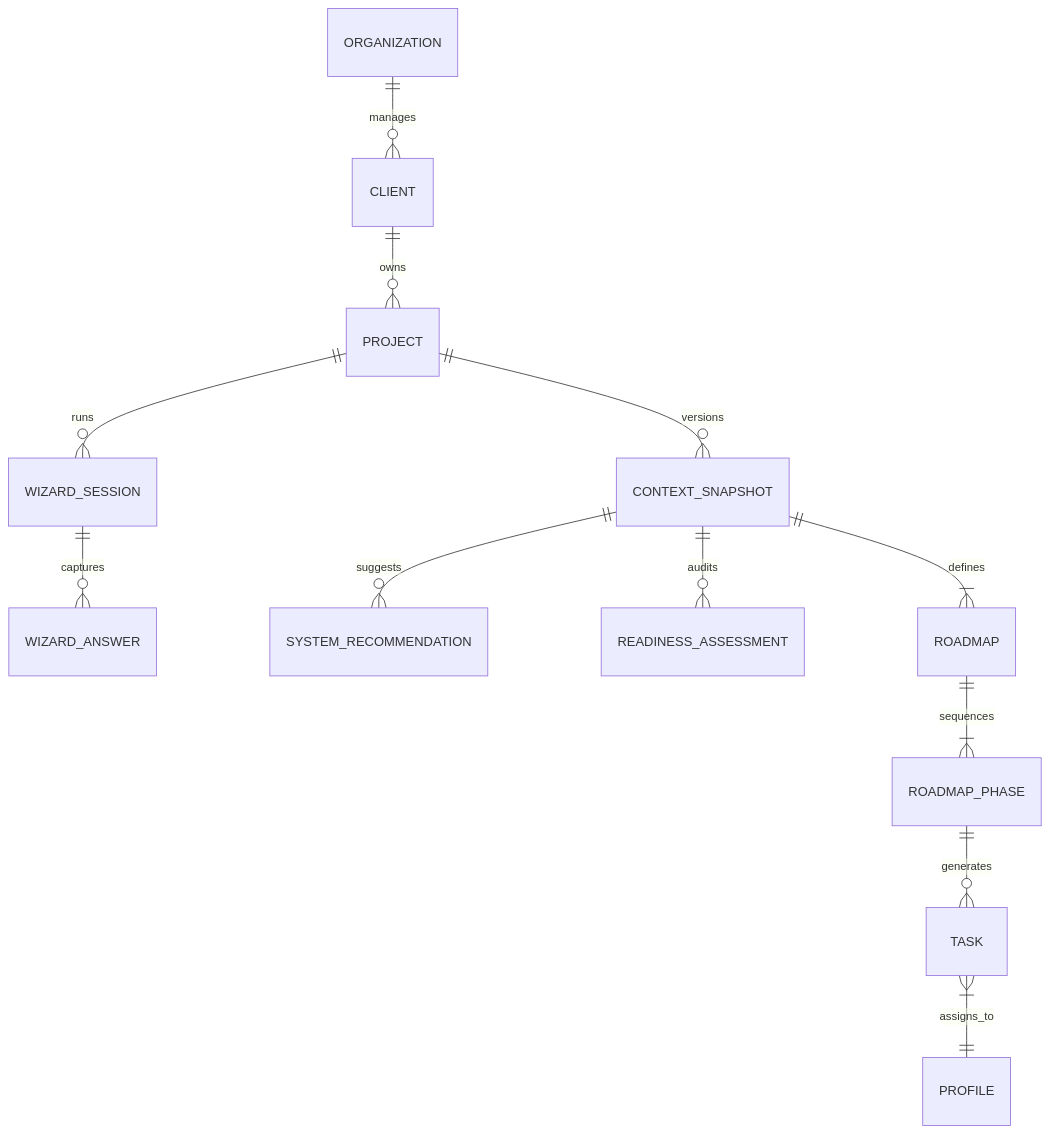
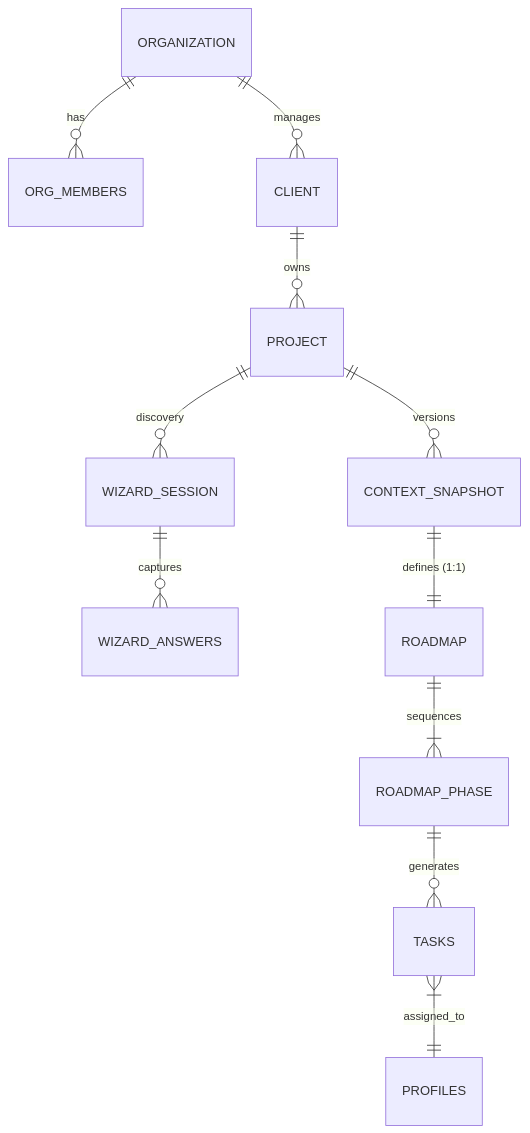
One commit to amo-tech-ai/sunaiv16 changed the diagram in docs/supabase-plan.md. Above: the diagram before and after it, drawn with Mermaid. The commit also changed other lines of this file and 2 other files, not shown here.

````diff
--- a/docs/supabase-plan.md
+++ b/docs/supabase-plan.md
@@ -55,17 +53,17 @@
 ```mermaid
 erDiagram
+    ORGANIZATION ||--o{ ORG_MEMBERS : "has"
     ORGANIZATION ||--o{ CLIENT : "manages"
     CLIENT ||--o{ PROJECT : "owns"
-    PROJECT ||--o{ WIZARD_SESSION : "runs"
-    WIZARD_SESSION ||--o{ WIZARD_ANSWER : "captures"
+    
+    PROJECT ||--o{ WIZARD_SESSION : "discovery"
+    WIZARD_SESSION ||--o{ WIZARD_ANSWERS : "captures"
     
     PROJECT ||--o{ CONTEXT_SNAPSHOT : "versions"
-    CONTEXT_SNAPSHOT ||--o{ SYSTEM_RECOMMENDATION : "suggests"
-    CONTEXT_SNAPSHOT ||--o{ READINESS_ASSESSMENT : "audits"
-    CONTEXT_SNAPSHOT ||--|{ ROADMAP : "defines"
+    CONTEXT_SNAPSHOT ||--|| ROADMAP : "defines (1:1)"
     
     ROADMAP ||--|{ ROADMAP_PHASE : "sequences"
-    ROADMAP_PHASE ||--o{ TASK : "generates"
+    ROADMAP_PHASE ||--o{ TASKS : "generates"
     
-    TASK }|--|| PROFILE : "assigns_to"
+    TASKS }|--|| PROFILES : "assigned_to"
 ```
````
